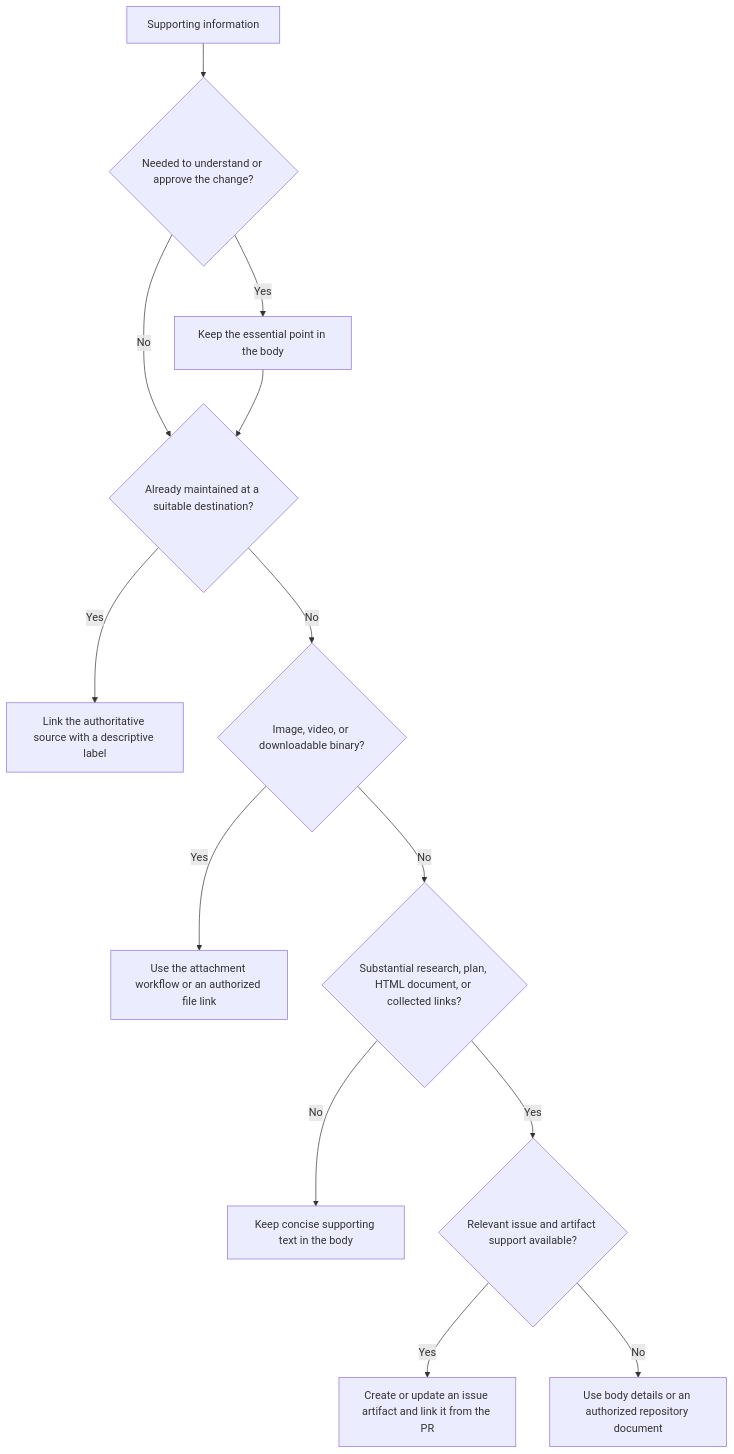
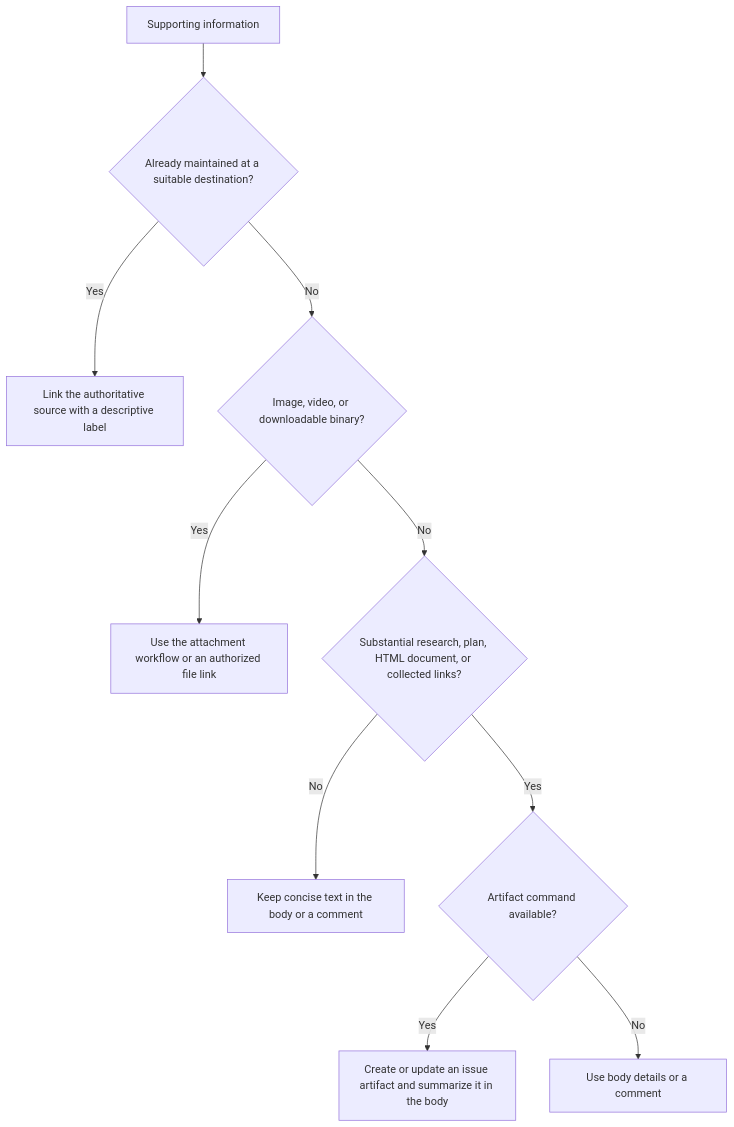
One commit to VdustR/skills changed the diagram in skills/vp-github/references/issue-artifacts.md. Above: the diagram before and after it, drawn with Mermaid. The commit also changed other lines of this file and 7 other files, not shown here.

````diff
--- a/skills/vp-github/references/issue-artifacts.md
+++ b/skills/vp-github/references/issue-artifacts.md
@@ -14,15 +20,12 @@
 ```mermaid
 flowchart TD
-    A[Supporting information] --> B{Needed to understand or approve the change?}
-    B -->|Yes| C[Keep the essential point in the body]
-    B -->|No| D{Already maintained at a suitable destination?}
-    C --> D
-    D -->|Yes| E[Link the authoritative source with a descriptive label]
-    D -->|No| F{Image, video, or downloadable binary?}
-    F -->|Yes| G[Use the attachment workflow or an authorized file link]
-    F -->|No| H{Substantial research, plan, HTML document, or collected links?}
-    H -->|No| I[Keep concise supporting text in the body]
-    H -->|Yes| J{Relevant issue and artifact support available?}
-    J -->|Yes| K[Create or update an issue artifact and link it from the PR]
-    J -->|No| L[Use body details or an authorized repository document]
+    A[Supporting information] --> B{Already maintained at a suitable destination?}
+    B -->|Yes| C[Link the authoritative source with a descriptive label]
+    B -->|No| D{Image, video, or downloadable binary?}
+    D -->|Yes| E[Use the attachment workflow or an authorized file link]
+    D -->|No| F{Substantial research, plan, HTML document, or collected links?}
+    F -->|No| G[Keep concise text in the body or a comment]
+    F -->|Yes| H{Artifact command available?}
+    H -->|Yes| I[Create or update an issue artifact and summarize it in the body]
+    H -->|No| J[Use body details or a comment]
 ```
````
